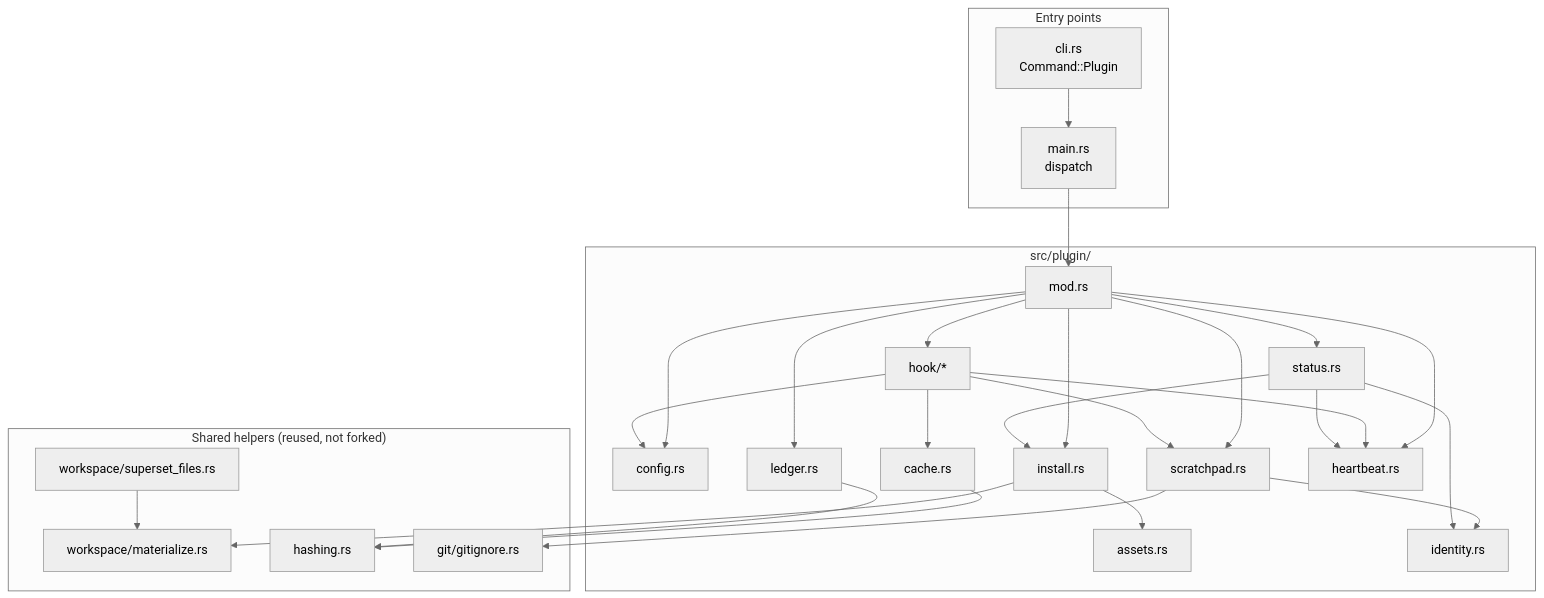
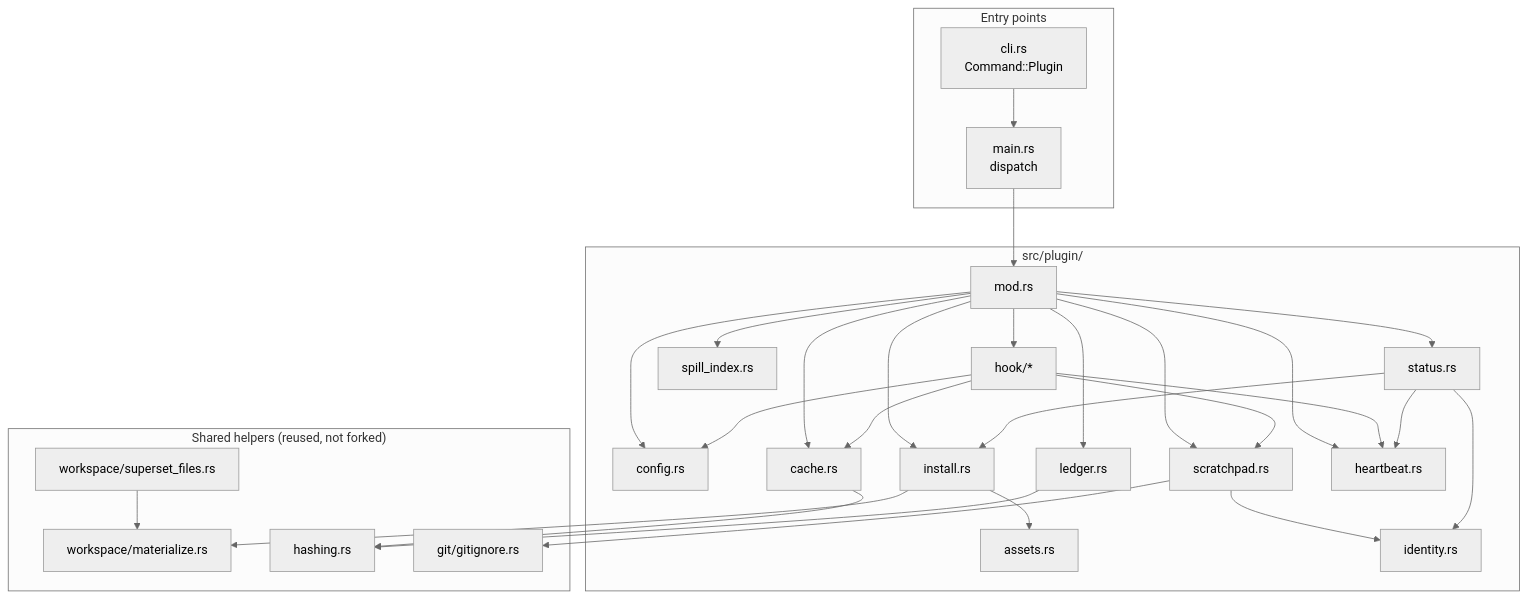
Before and after one commit to ViktorStiskala/superset-magic: the diagram in docs/plans/2026-08-29-001-ss-magic-plugin/architecture.md, drawn with Mermaid (neutral theme). The commit also changed other lines of this file and 3 other files, not shown here.

````diff
--- a/docs/plans/2026-08-29-001-ss-magic-plugin/architecture.md
+++ b/docs/plans/2026-08-29-001-ss-magic-plugin/architecture.md
@@ -80,35 +80,36 @@
 ```mermaid
 graph TD
   subgraph entry["Entry points"]
     CLI["cli.rs<br/>Command::Plugin"]
     MAIN["main.rs<br/>dispatch"]
   end
   subgraph plug["src/plugin/"]
     MOD["mod.rs"]
     CFG["config.rs"]
     INST["install.rs"]
     ASSET["assets.rs"]
     ID["identity.rs"]
     SCR["scratchpad.rs"]
     CACHE["cache.rs"]
     LEDG["ledger.rs"]
     HB["heartbeat.rs"]
     STATUS["status.rs"]
+    SPILL["spill_index.rs"]
     HOOK["hook/*"]
   end
   subgraph shared["Shared helpers (reused, not forked)"]
     MAT["workspace/materialize.rs"]
     HASH["hashing.rs"]
     GI["git/gitignore.rs"]
     SF["workspace/superset_files.rs"]
   end
   CLI --> MAIN --> MOD
-  MOD --> CFG & INST & SCR & LEDG & HB & STATUS & HOOK
+  MOD --> CFG & INST & SCR & CACHE & LEDG & HB & STATUS & SPILL & HOOK
   INST --> ASSET & MAT
   SCR --> ID & GI
   CACHE --> HASH
   HOOK --> CACHE & SCR & CFG & HB
   STATUS --> ID & INST & HB
   SF --> MAT
   LEDG --> HASH
 ```
````
